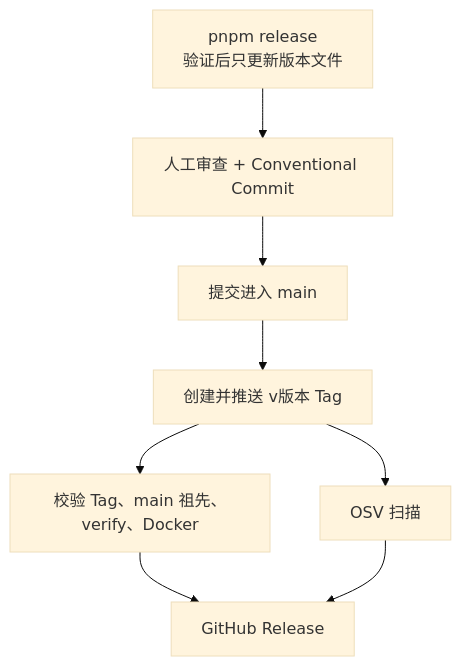
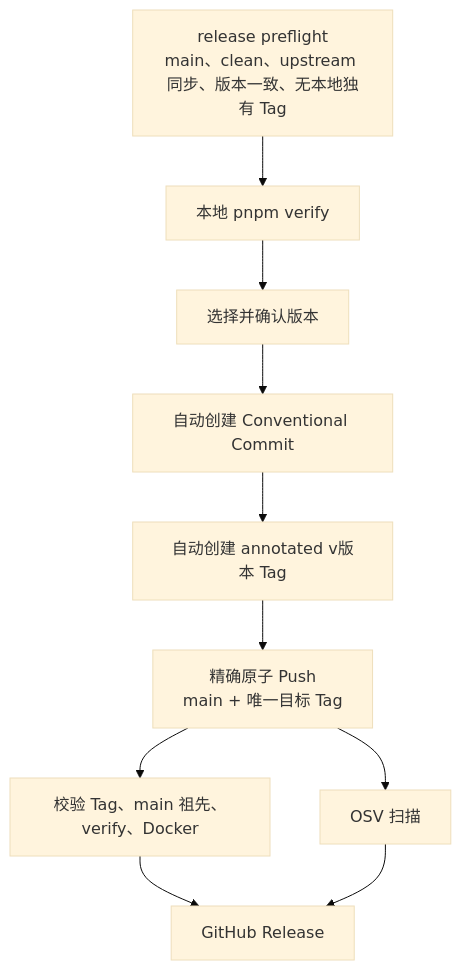
The fifth of 5 diagrams in docs/architecture-hardening.md (busyhe/tanstack-starter), drawn with Mermaid (base theme) before and after one commit. The commit also changed other lines of this file and 6 other files, not shown here.

Commit message:
feat: enhance release process with preflight checks and atomic push scripts

````diff
--- a/docs/architecture-hardening.md
+++ b/docs/architecture-hardening.md
@@ -483,16 +491,18 @@
 ```mermaid
 flowchart TD
-  Bump["pnpm release<br/>验证后只更新版本文件"]
-  Review["人工审查 + Conventional Commit"]
-  Main["提交进入 main"]
-  Tag["创建并推送 v版本 Tag"]
+  Preflight["release preflight<br/>main、clean、upstream 同步、版本一致、无本地独有 Tag"]
+  VerifyLocal["本地 pnpm verify"]
+  Confirm["选择并确认版本"]
+  Commit["自动创建 Conventional Commit"]
+  Tag["自动创建 annotated v版本 Tag"]
+  Push["精确原子 Push<br/>main + 唯一目标 Tag"]
   Verify["校验 Tag、main 祖先、verify、Docker"]
   OSV["OSV 扫描"]
   Release["GitHub Release"]
 
-  Bump --> Review --> Main --> Tag
-  Tag --> Verify
-  Tag --> OSV
+  Preflight --> VerifyLocal --> Confirm --> Commit --> Tag --> Push
+  Push --> Verify
+  Push --> OSV
   Verify --> Release
   OSV --> Release
 ```
````
